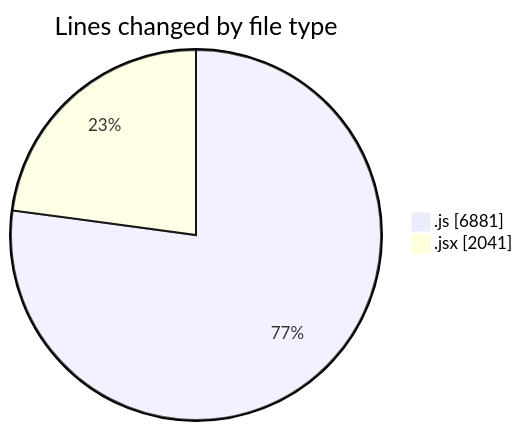
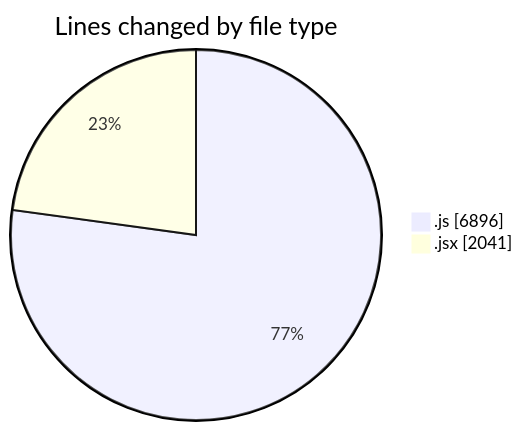
The first of 2 diagrams in 2025-10-01/nxtqube_webapp/README.md (nxtqubesakshisongat/code-tracking), drawn with Mermaid before and after one commit. The commit also changed other lines of this file and 1 other file, not shown here.

````diff
--- a/2025-10-01/nxtqube_webapp/README.md
+++ b/2025-10-01/nxtqube_webapp/README.md
@@ -22,6 +22,6 @@
 ```mermaid
 pie showData
 title Lines changed by file type
-".js" : 6881
+".js" : 6896
 ".jsx" : 2041
 ```
````
